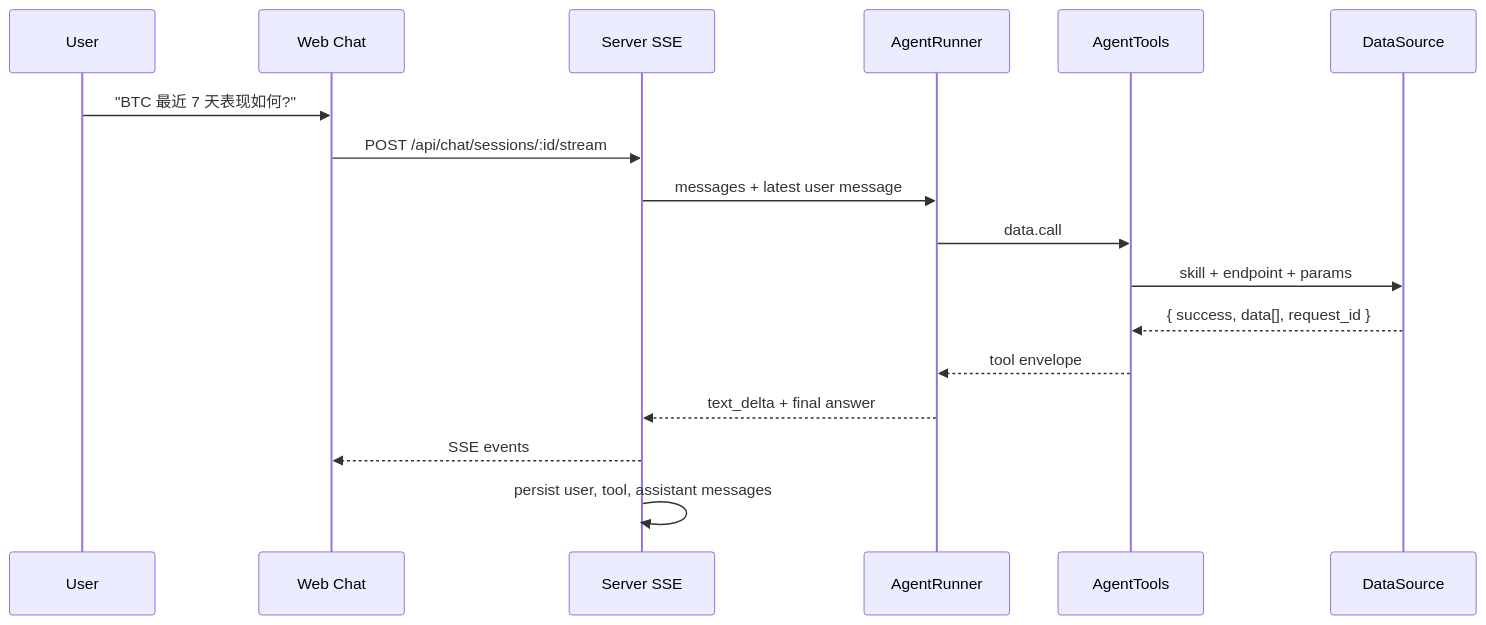
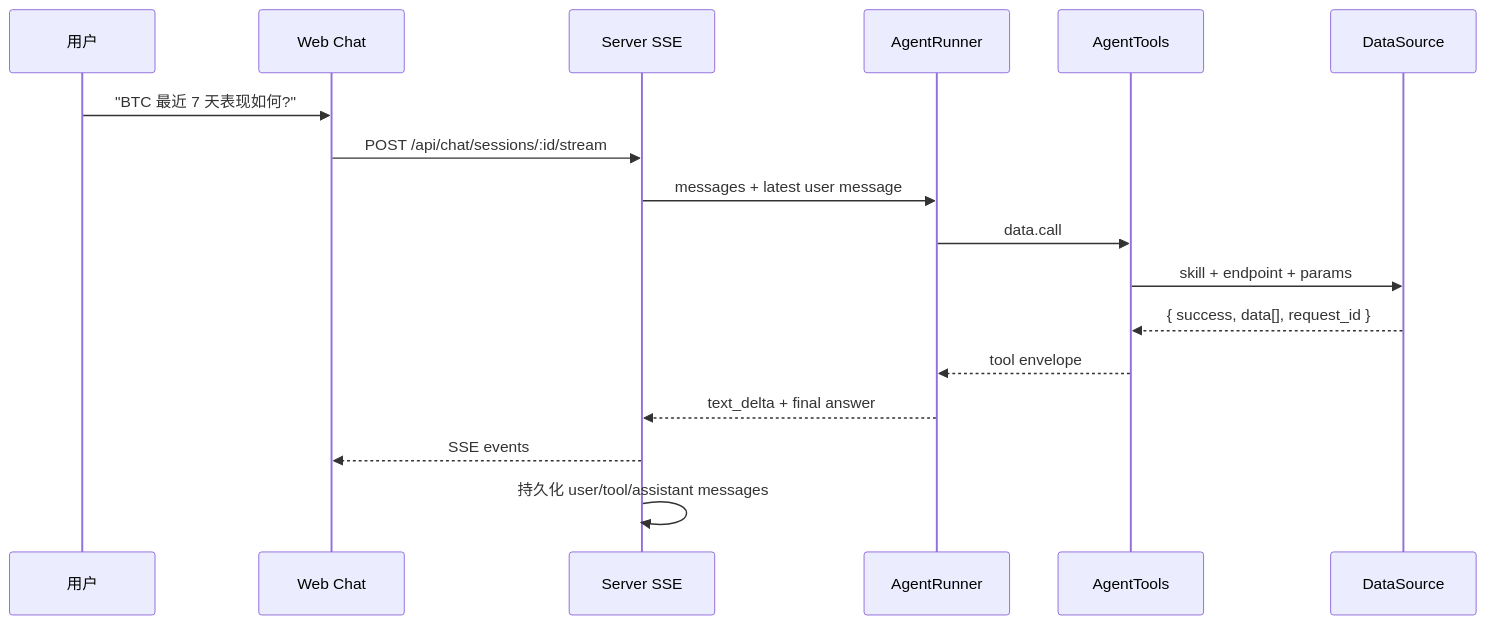
The second of 5 diagrams in README.md (george351419-sys/OpenAlva), drawn with Mermaid before and after one commit. The commit also changed other lines of this file and 1 other file, not shown here.

````diff
--- a/README.md
+++ b/README.md
@@ -109,20 +110,20 @@
 ```mermaid
 sequenceDiagram
-  participant U as User
+  participant U as 用户
   participant W as Web Chat
   participant S as Server SSE
   participant A as AgentRunner
   participant T as AgentTools
   participant D as DataSource
 
   U->>W: "BTC 最近 7 天表现如何?"
   W->>S: POST /api/chat/sessions/:id/stream
   S->>A: messages + latest user message
   A->>T: data.call
   T->>D: skill + endpoint + params
   D-->>T: { success, data[], request_id }
   T-->>A: tool envelope
   A-->>S: text_delta + final answer
   S-->>W: SSE events
-  S->>S: persist user, tool, assistant messages
+  S->>S: 持久化 user/tool/assistant messages
 ```
````
